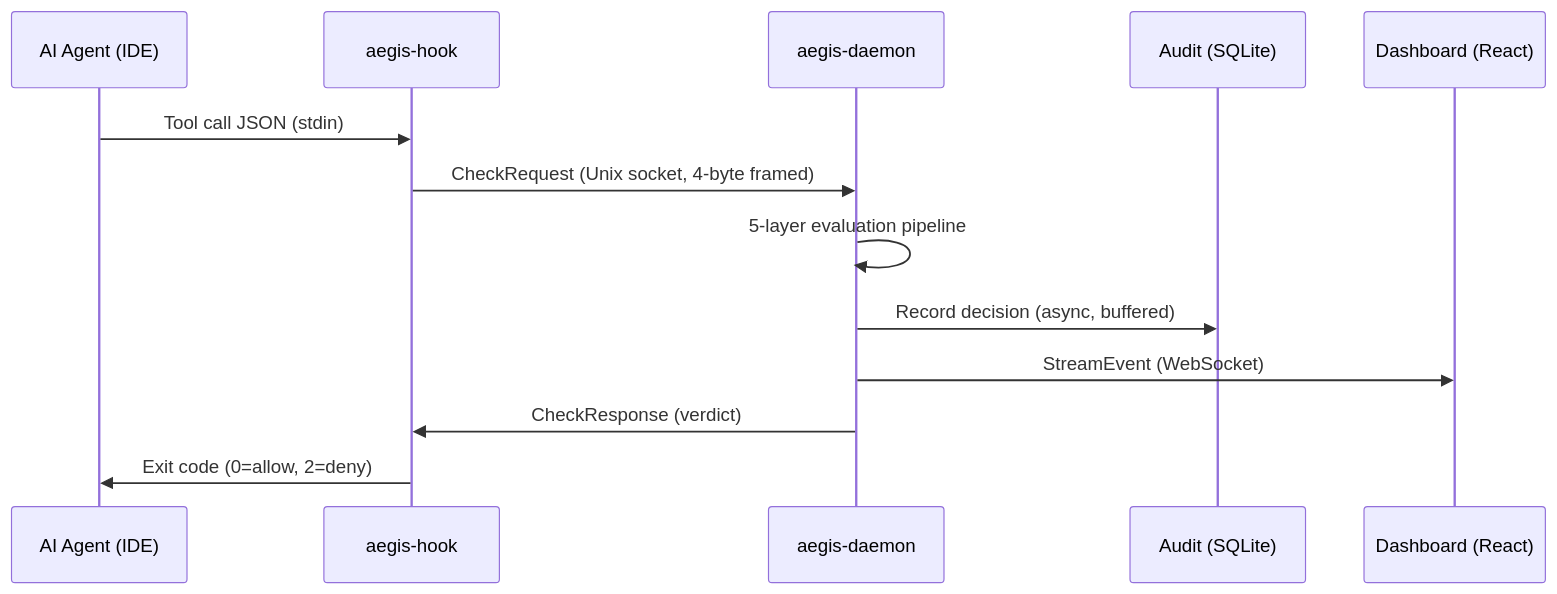
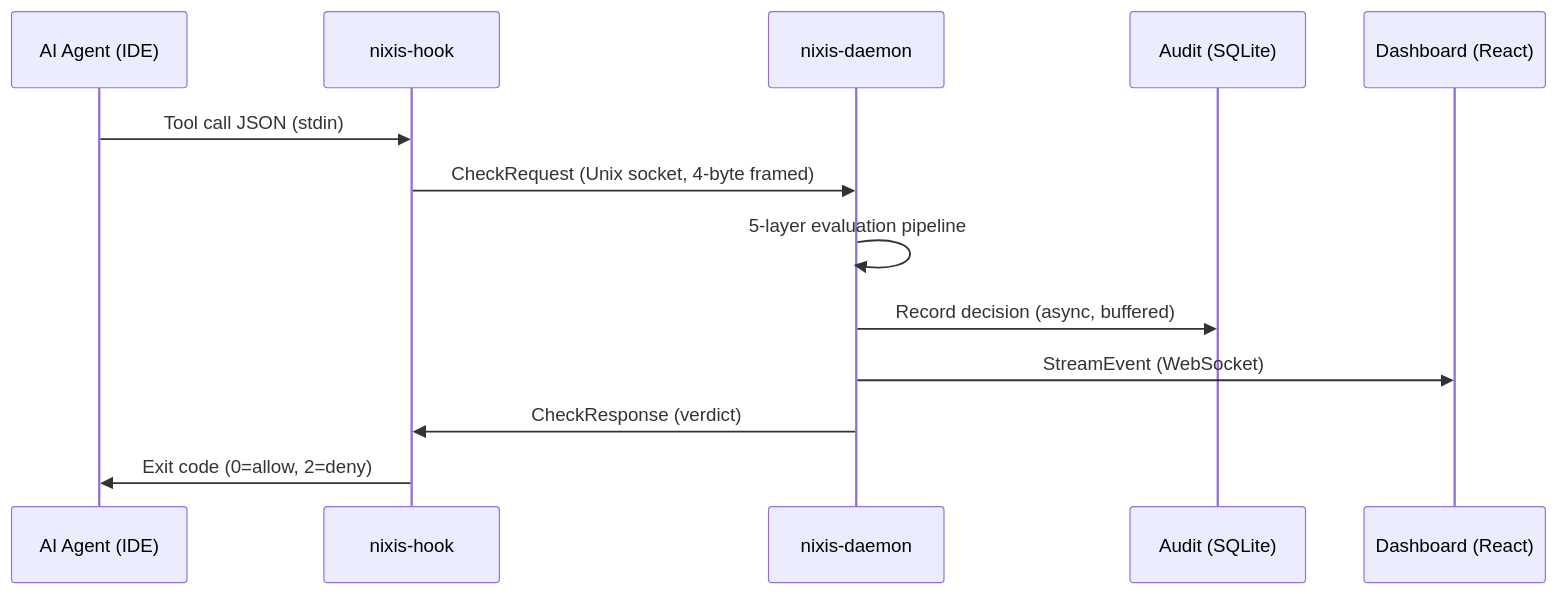
Before and after one commit to mayankjain0141/nixis: the first of 4 diagrams in docs/guide/architecture.md, drawn with Mermaid. The commit also changed other lines of this file and 943 other files, not shown here.

First line of the commit message:
rename: aegis → nixis across all file contents

````diff
--- a/docs/guide/architecture.md
+++ b/docs/guide/architecture.md
@@ -7,16 +7,16 @@
 ```mermaid
 sequenceDiagram
     participant Agent as AI Agent (IDE)
-    participant Hook as aegis-hook
-    participant Daemon as aegis-daemon
+    participant Hook as nixis-hook
+    participant Daemon as nixis-daemon
     participant Audit as Audit (SQLite)
     participant Dashboard as Dashboard (React)
 
     Agent->>Hook: Tool call JSON (stdin)
     Hook->>Daemon: CheckRequest (Unix socket, 4-byte framed)
     Daemon->>Daemon: 5-layer evaluation pipeline
     Daemon->>Audit: Record decision (async, buffered)
     Daemon->>Dashboard: StreamEvent (WebSocket)
     Daemon->>Hook: CheckResponse (verdict)
     Hook->>Agent: Exit code (0=allow, 2=deny)
 ```
````
